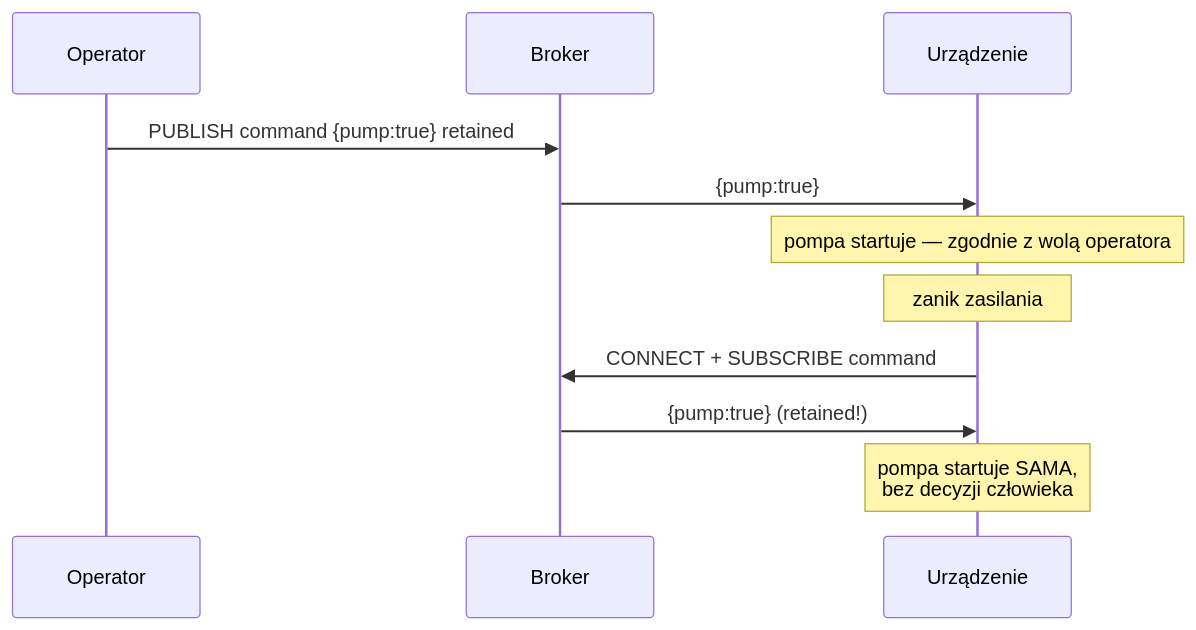
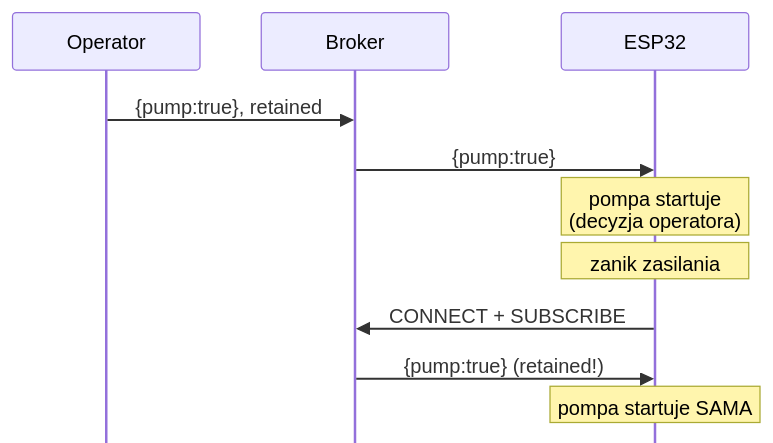
Before and after one commit to moondec/iot_lectures: the first of 5 diagrams in slides/04-mqtt-i-kontrakt-danych.qmd, drawn with Mermaid. The commit also changed other lines of this file and 17 other files, not shown here.

First line of the commit message:
Make Mermaid diagrams legible and stop label clipping

````diff
--- a/slides/04-mqtt-i-kontrakt-danych.qmd
+++ b/slides/04-mqtt-i-kontrakt-danych.qmd
@@ -160,16 +160,16 @@
 ```{mermaid}
 %%| fig-width: 6.8
 %%| fig-height: 3.2
-%%{init: {"themeVariables": {"fontSize": "24px"}}}%%
+%%{init: {"sequence": {"mirrorActors": false, "actorMargin": 30, "width": 150, "height": 46, "boxMargin": 6, "noteMargin": 6, "messageMargin": 22, "diagramMarginX": 10, "diagramMarginY": 6}}}%%
 sequenceDiagram
     participant O as Operator
     participant B as Broker
-    participant D as Urządzenie
-    O->>B: PUBLISH command {pump:true} retained
+    participant D as ESP32
+    O->>B: {pump:true}, retained
     B->>D: {pump:true}
-    Note over D: pompa startuje — zgodnie z wolą operatora
+    Note over D: pompa startuje<br>(decyzja operatora)
     Note over D: zanik zasilania
-    D->>B: CONNECT + SUBSCRIBE command
+    D->>B: CONNECT + SUBSCRIBE
     B->>D: {pump:true} (retained!)
-    Note over D: pompa startuje SAMA,<br>bez decyzji człowieka
+    Note over D: pompa startuje SAMA
 ```
````
